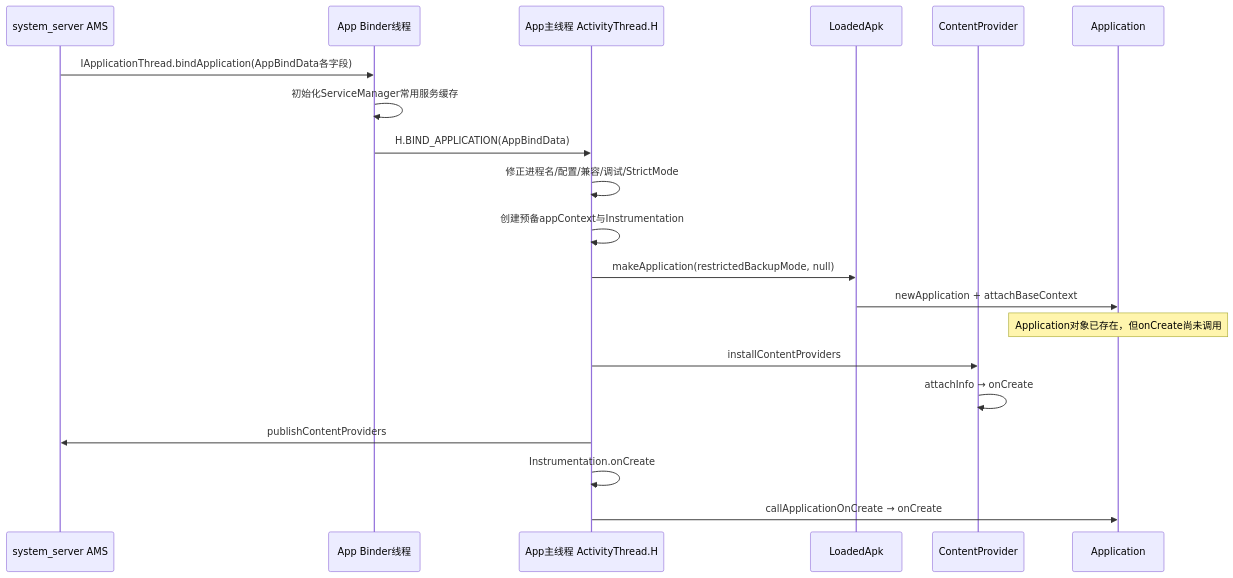
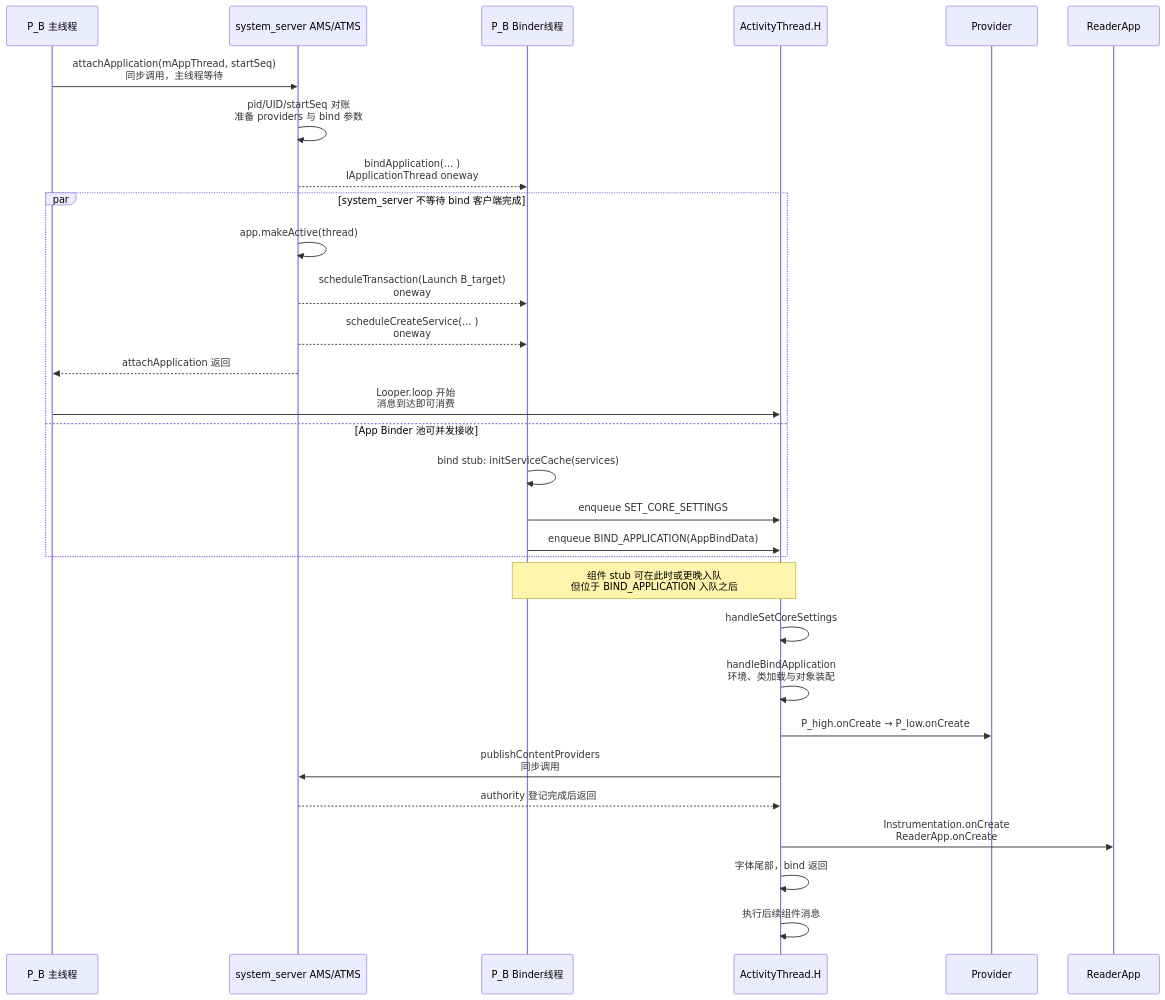
The diagram in Android源码学习/205-AndroidActivityThreadbindApplication进程初始化与组件创建顺序.md (junyingzhao001/StudyNotes), drawn with Mermaid before and after one commit. The commit also changed other lines of this file and 116 other files, not shown here.

````diff
--- a/Android源码学习/205-AndroidActivityThreadbindApplication进程初始化与组件创建顺序.md
+++ b/Android源码学习/205-AndroidActivityThreadbindApplication进程初始化与组件创建顺序.md
@@ -40,22 +94,33 @@
 ```mermaid
 sequenceDiagram
-  participant AMS as system_server AMS
-  participant BT as App Binder线程
-  participant MT as App主线程 ActivityThread.H
-  participant LA as LoadedApk
-  participant P as ContentProvider
-  participant A as Application
-  AMS->>BT: IApplicationThread.bindApplication(AppBindData各字段)
-  BT->>BT: 初始化ServiceManager常用服务缓存
-  BT->>MT: H.BIND_APPLICATION(AppBindData)
-  MT->>MT: 修正进程名/配置/兼容/调试/StrictMode
-  MT->>MT: 创建预备appContext与Instrumentation
-  MT->>LA: makeApplication(restrictedBackupMode, null)
-  LA->>A: newApplication + attachBaseContext
-  Note over A: Application对象已存在，但onCreate尚未调用
-  MT->>P: installContentProviders
-  P->>P: attachInfo → onCreate
-  MT->>AMS: publishContentProviders
-  MT->>MT: Instrumentation.onCreate
-  MT->>A: callApplicationOnCreate → onCreate
+    participant M as P_B 主线程
+    participant S as system_server AMS/ATMS
+    participant BT as P_B Binder线程
+    participant H as ActivityThread.H
+    participant P as Provider
+    participant A as ReaderApp
+
+    M->>S: attachApplication(mAppThread, startSeq)<br/>同步调用，主线程等待
+    S->>S: pid/UID/startSeq 对账<br/>准备 providers 与 bind 参数
+    S-->>BT: bindApplication(... )<br/>IApplicationThread oneway
+    par system_server 不等待 bind 客户端完成
+        S->>S: app.makeActive(thread)
+        S-->>BT: scheduleTransaction(Launch B_target)<br/>oneway
+        S-->>BT: scheduleCreateService(... )<br/>oneway
+        S-->>M: attachApplication 返回
+        M->>H: Looper.loop 开始<br/>消息到达即可消费
+    and App Binder 池可并发接收
+        BT->>BT: bind stub: initServiceCache(services)
+        BT->>H: enqueue SET_CORE_SETTINGS
+        BT->>H: enqueue BIND_APPLICATION(AppBindData)
+    end
+    Note over BT,H: 组件 stub 可在此时或更晚入队<br/>但位于 BIND_APPLICATION 入队之后
+    H->>H: handleSetCoreSettings
+    H->>H: handleBindApplication<br/>环境、类加载与对象装配
+    H->>P: P_high.onCreate → P_low.onCreate
+    H->>S: publishContentProviders<br/>同步调用
+    S-->>H: authority 登记完成后返回
+    H->>A: Instrumentation.onCreate<br/>ReaderApp.onCreate
+    H->>H: 字体尾部，bind 返回
+    H->>H: 执行后续组件消息
 ```
````
